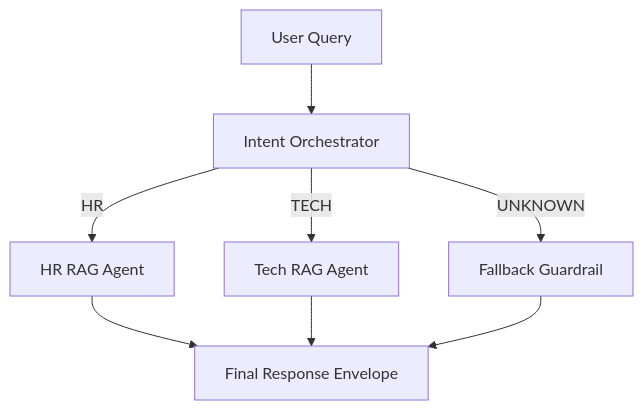
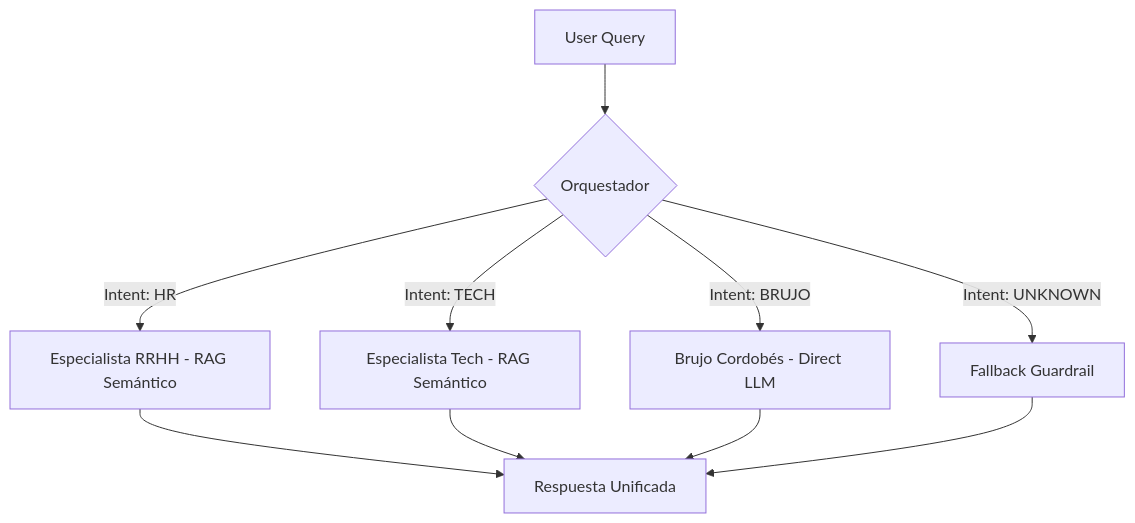
The diagram in README.md (Pulpoide/05_project), drawn with Mermaid before and after one commit. The commit also changed other lines of this file, not shown here.

Commit message:
docs: overhaul README with hybrid architecture and semantic search details

````diff
--- a/README.md
+++ b/README.md
@@ -14,10 +19,12 @@
 ```mermaid
 graph TD
-    A[User Query] --> B[Intent Orchestrator]
-    B -->|HR| C[HR RAG Agent]
-    B -->|TECH| D[Tech RAG Agent]
-    B -->|UNKNOWN| E[Fallback Guardrail]
-    C --> F[Final Response Envelope]
-    D --> F
-    E --> F
-```
+    A[User Query] --> B{Orquestador}
+    B -->|Intent: HR| C[Especialista RRHH - RAG Semántico]
+    B -->|Intent: TECH| D[Especialista Tech - RAG Semántico]
+    B -->|Intent: BRUJO| E[Brujo Cordobés - Direct LLM]
+    B -->|Intent: UNKNOWN| F[Fallback Guardrail]
+    C --> G[Respuesta Unificada]
+    D --> G
+    E --> G
+    F --> G
+```  
````
